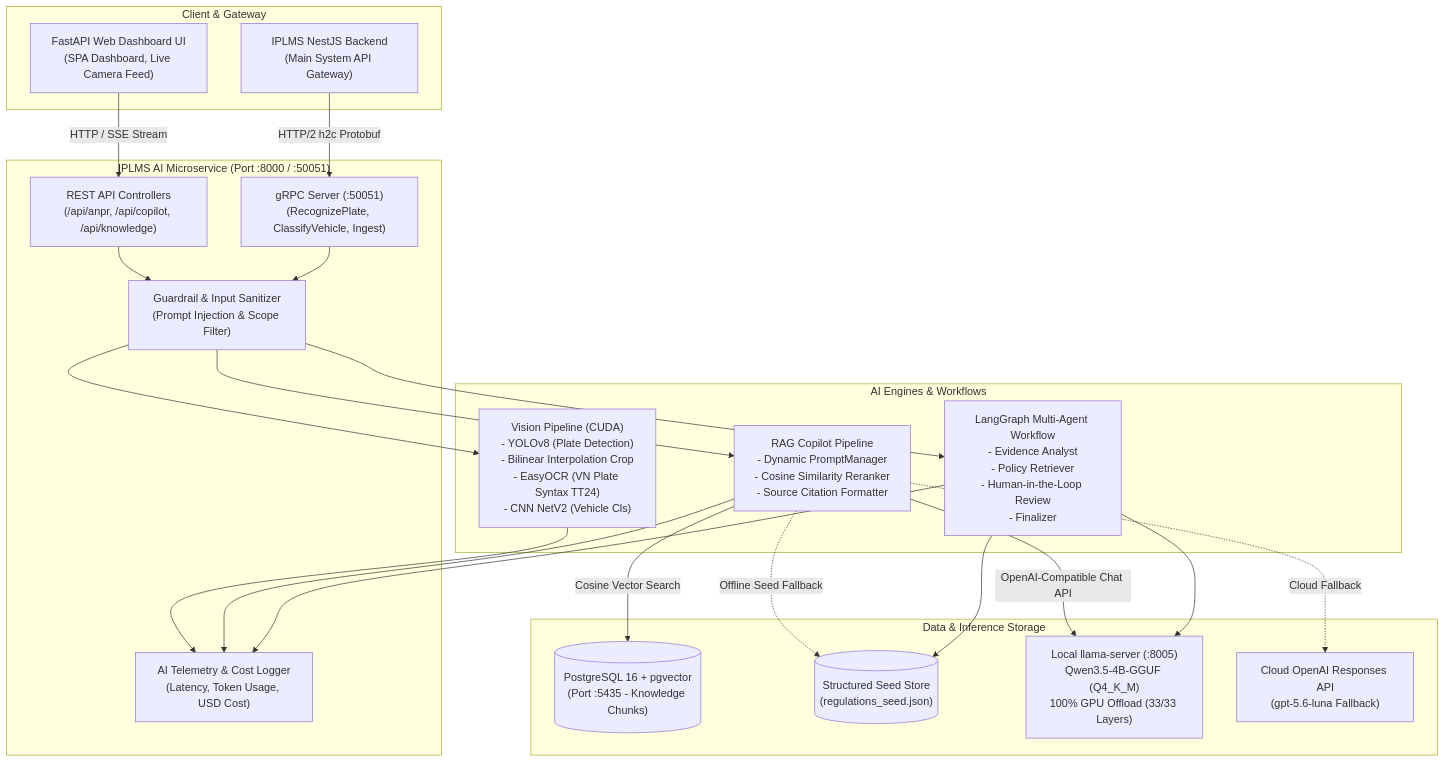
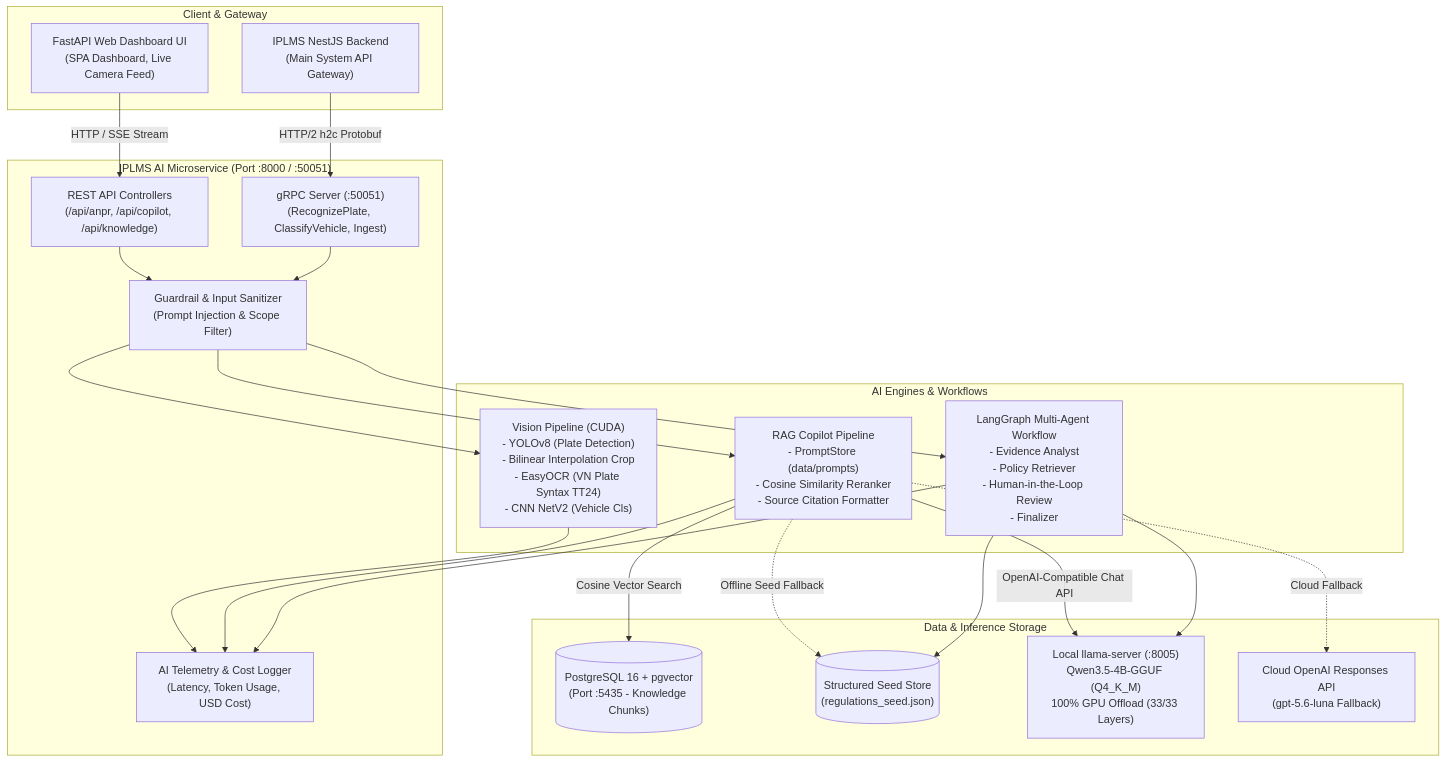
One commit to HiTranquility/IPLMS-AI changed the diagram in AI_GUIDE.md. Above: the diagram before and after it, drawn with Mermaid. The commit also changed other lines of this file and 35 other files, not shown here.

First line of the commit message:
refactor(ISSUE-023): copilot theo khuôn ADR-0005, prompt nạp từ data/prompts/<tên>/

````diff
--- a/AI_GUIDE.md
+++ b/AI_GUIDE.md
@@ -51,47 +51,47 @@
 ```mermaid
 flowchart TD
     subgraph ClientLayer ["Client & Gateway"]
         WebSPA["FastAPI Web Dashboard UI<br/>(SPA Dashboard, Live Camera Feed)"]
         NestBE["IPLMS NestJS Backend<br/>(Main System API Gateway)"]
     end
 
     subgraph ServiceLayer ["IPLMS AI Microservice (Port :8000 / :50051)"]
         REST["REST API Controllers<br/>(/api/anpr, /api/copilot, /api/knowledge)"]
         GRPC["gRPC Server (:50051)<br/>(RecognizePlate, ClassifyVehicle, Ingest)"]
         Guard["Guardrail & Input Sanitizer<br/>(Prompt Injection & Scope Filter)"]
         Telemetry["AI Telemetry & Cost Logger<br/>(Latency, Token Usage, USD Cost)"]
     end
 
     subgraph EngineLayer ["AI Engines & Workflows"]
         VisionPipe["Vision Pipeline (CUDA)<br/>- YOLOv8 (Plate Detection)<br/>- Bilinear Interpolation Crop<br/>- EasyOCR (VN Plate Syntax TT24)<br/>- CNN NetV2 (Vehicle Cls)"]
-        RagPipe["RAG Copilot Pipeline<br/>- Dynamic PromptManager<br/>- Cosine Similarity Reranker<br/>- Source Citation Formatter"]
+        RagPipe["RAG Copilot Pipeline<br/>- PromptStore (data/prompts)<br/>- Cosine Similarity Reranker<br/>- Source Citation Formatter"]
         DisputeGraph["LangGraph Multi-Agent Workflow<br/>- Evidence Analyst<br/>- Policy Retriever<br/>- Human-in-the-Loop Review<br/>- Finalizer"]
     end
 
     subgraph StorageLayer ["Data & Inference Storage"]
         PGVector[("PostgreSQL 16 + pgvector<br/>(Port :5435 - Knowledge Chunks)")]
         LocalSeed[("Structured Seed Store<br/>(regulations_seed.json)")]
         LocalLLM["Local llama-server (:8005)<br/>Qwen3.5-4B-GGUF (Q4_K_M)<br/>100% GPU Offload (33/33 Layers)"]
         CloudLLM["Cloud OpenAI Responses API<br/>(gpt-5.6-luna Fallback)"]
     end
 
     WebSPA -->|HTTP / SSE Stream| REST
     NestBE -->|HTTP/2 h2c Protobuf| GRPC
     REST --> Guard
     GRPC --> Guard
     Guard --> VisionPipe
     Guard --> RagPipe
     Guard --> DisputeGraph
 
     VisionPipe --> Telemetry
     RagPipe --> Telemetry
     DisputeGraph --> Telemetry
 
     RagPipe -->|Cosine Vector Search| PGVector
     RagPipe -.->|Offline Seed Fallback| LocalSeed
     RagPipe -->|OpenAI-Compatible Chat API| LocalLLM
     RagPipe -.->|Cloud Fallback| CloudLLM
 
     DisputeGraph --> LocalSeed
     DisputeGraph --> LocalLLM
 ```
````
